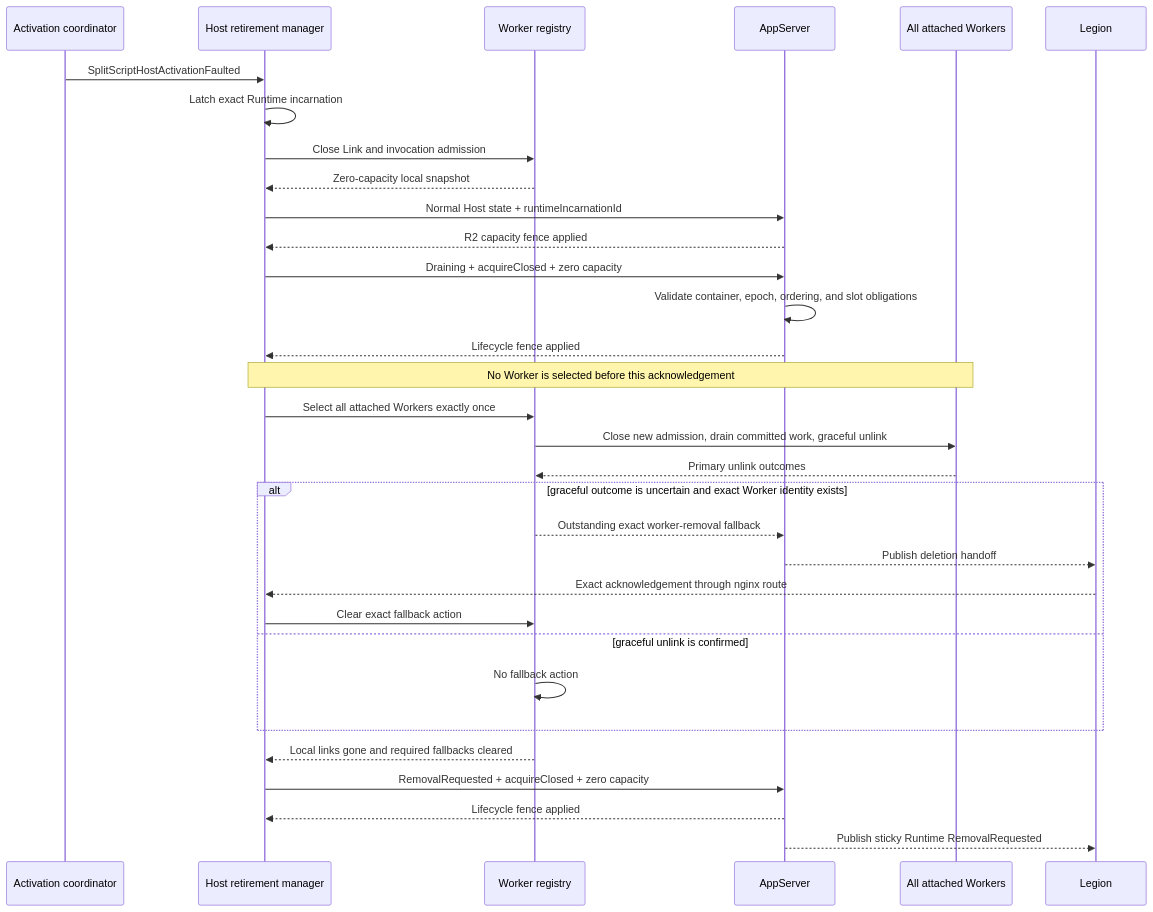
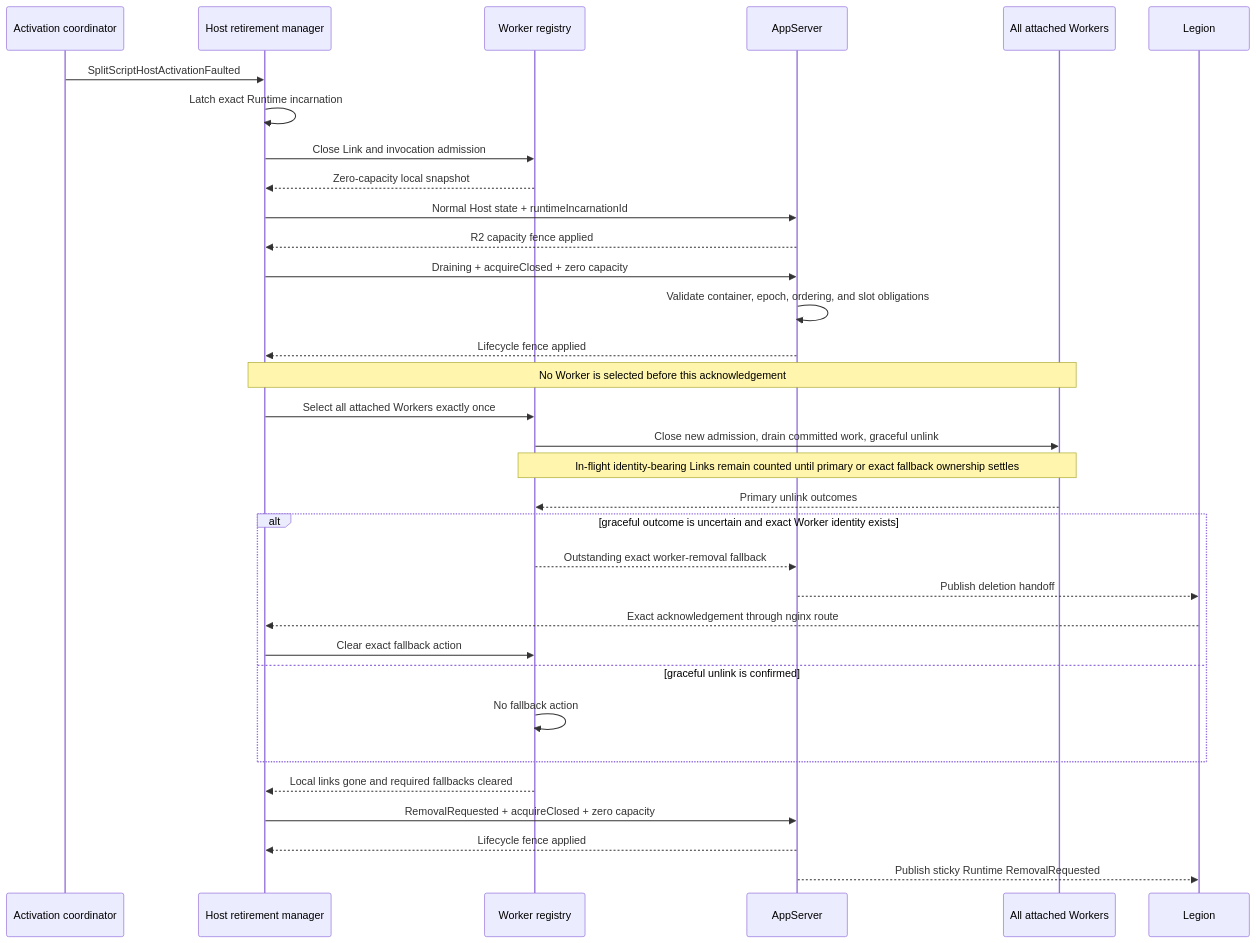
Before and after one commit to manikantanallagatla/azure-functions-host: the third of 5 diagrams in tools/ComputeSeparation/runtime-activation-fault-retirement.md, drawn with Mermaid. The commit also changed other lines of this file and 5 other files, not shown here.

Commit message:
Fix in-flight Link retirement ownership

````diff
--- a/tools/ComputeSeparation/runtime-activation-fault-retirement.md
+++ b/tools/ComputeSeparation/runtime-activation-fault-retirement.md
@@ -85,35 +86,36 @@
 ```mermaid
 sequenceDiagram
     participant Detector as Activation coordinator
     participant Host as Host retirement manager
     participant Registry as Worker registry
     participant AppServer
     participant Workers as All attached Workers
     participant Legion
 
     Detector->>Host: SplitScriptHostActivationFaulted
     Host->>Host: Latch exact Runtime incarnation
     Host->>Registry: Close Link and invocation admission
     Registry-->>Host: Zero-capacity local snapshot
     Host->>AppServer: Normal Host state + runtimeIncarnationId
     AppServer-->>Host: R2 capacity fence applied
     Host->>AppServer: Draining + acquireClosed + zero capacity
     AppServer->>AppServer: Validate container, epoch, ordering, and slot obligations
     AppServer-->>Host: Lifecycle fence applied
     Note over Host,Workers: No Worker is selected before this acknowledgement
     Host->>Registry: Select all attached Workers exactly once
     Registry->>Workers: Close new admission, drain committed work, graceful unlink
+    Note over Registry,Workers: In-flight identity-bearing Links remain counted until primary or exact fallback ownership settles
     Workers-->>Registry: Primary unlink outcomes
     alt graceful outcome is uncertain and exact Worker identity exists
         Registry-->>AppServer: Outstanding exact worker-removal fallback
         AppServer-->>Legion: Publish deletion handoff
         Legion-->>Host: Exact acknowledgement through nginx route
         Host->>Registry: Clear exact fallback action
     else graceful unlink is confirmed
         Registry->>Registry: No fallback action
     end
     Registry-->>Host: Local links gone and required fallbacks cleared
     Host->>AppServer: RemovalRequested + acquireClosed + zero capacity
     AppServer-->>Host: Lifecycle fence applied
     AppServer-->>Legion: Publish sticky Runtime RemovalRequested
 ```
````
